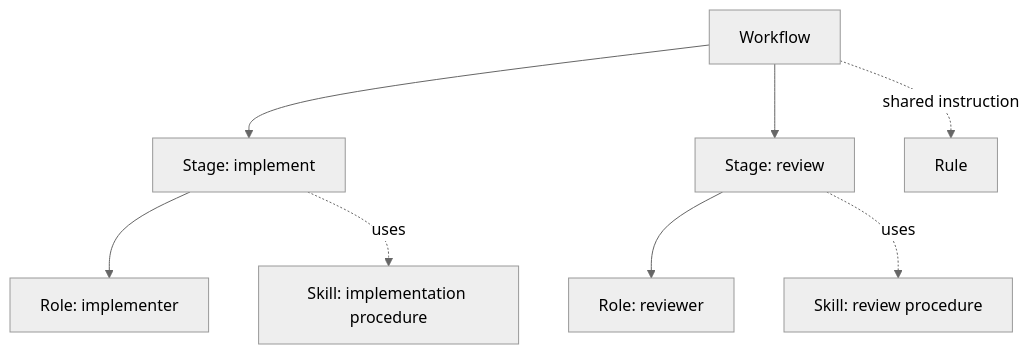
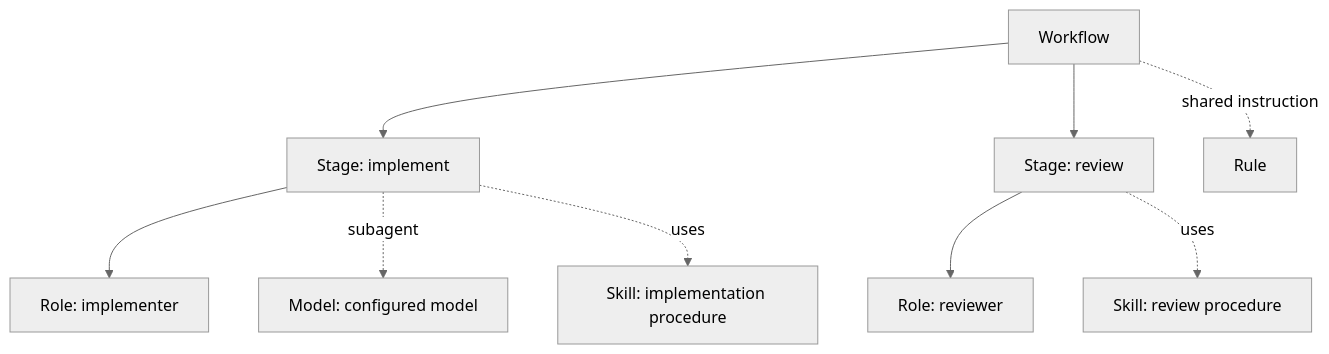
The second of 4 diagrams in README.md (Memoria-ll/agent-asset-control-layer-personal), drawn with Mermaid (neutral theme) before and after one commit. The commit also changed other lines of this file and 18 other files, not shown here.

````diff
--- a/README.md
+++ b/README.md
@@ -99,10 +100,11 @@
 ```mermaid
 flowchart TD
     W[Workflow] --> S1[Stage: implement]
     W --> S2[Stage: review]
     S1 --> R1[Role: implementer]
     S2 --> R2[Role: reviewer]
+    S1 -. subagent .-> M1[Model: configured model]
     S1 -. uses .-> K1[Skill: implementation procedure]
     S2 -. uses .-> K2[Skill: review procedure]
     W -. shared instruction .-> Rule[Rule]
 ```
````
